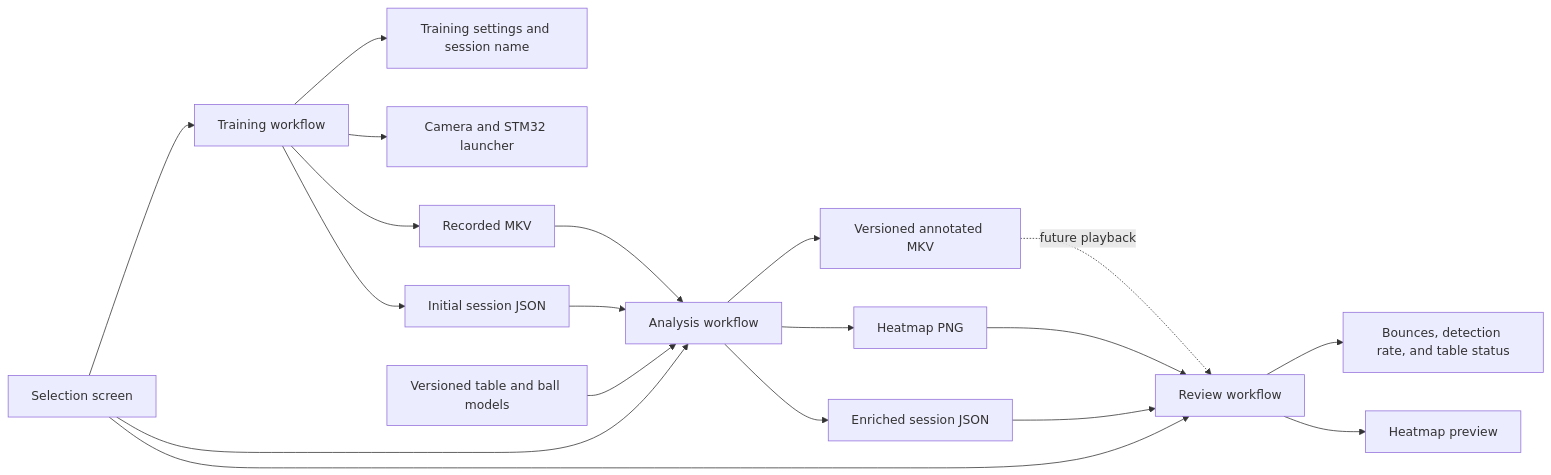
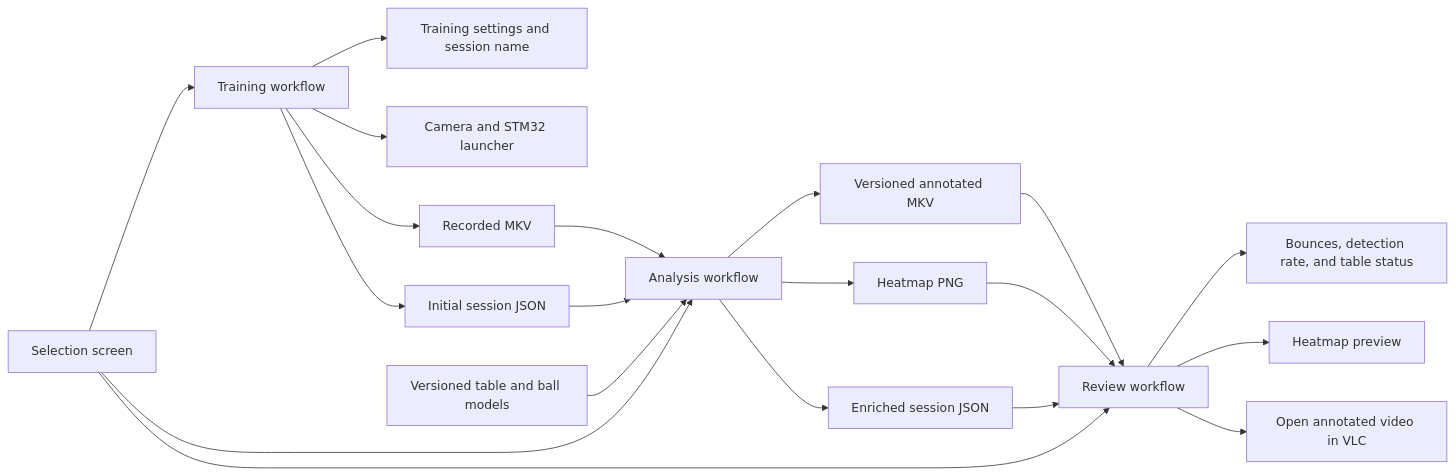
Before and after one commit to CoulterRolph/Capstone_Opencv: the second of 13 diagrams in jetson/docs/project_process_map.md, drawn with Mermaid. The commit also changed other lines of this file and 35 other files, not shown here.

````diff
--- a/jetson/docs/project_process_map.md
+++ b/jetson/docs/project_process_map.md
@@ -39,26 +39,27 @@
 ```mermaid
 flowchart LR
     Selection[Selection screen] --> Training[Training workflow]
     Selection --> Analysis[Analysis workflow]
     Selection --> Review[Review workflow]
 
     Training --> Settings[Training settings and session name]
     Training --> Hardware[Camera and STM32 launcher]
     Training --> Recording[Recorded MKV]
     Training --> InitialJSON[Initial session JSON]
 
     Recording --> Analysis
     InitialJSON --> Analysis
     ModelFolders[Versioned table and ball models] --> Analysis
 
     Analysis --> Annotated[Versioned annotated MKV]
     Analysis --> Heatmap[Heatmap PNG]
     Analysis --> EnrichedJSON[Enriched session JSON]
 
     EnrichedJSON --> Review
     Heatmap --> Review
-    Annotated -. future playback .-> Review
+    Annotated --> Review
 
     Review --> Metrics[Bounces, detection rate, and table status]
     Review --> Visual[Heatmap preview]
+    Review --> Playback[Open annotated video in VLC]
 ```
````
